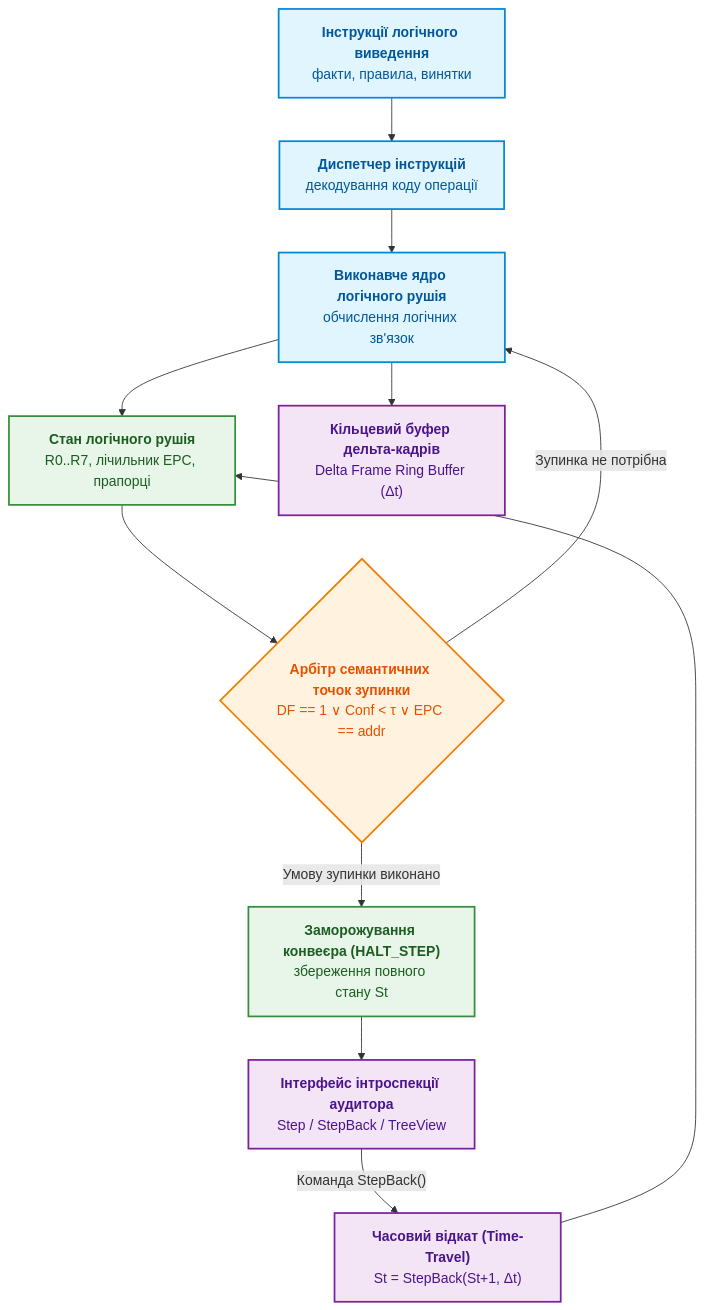
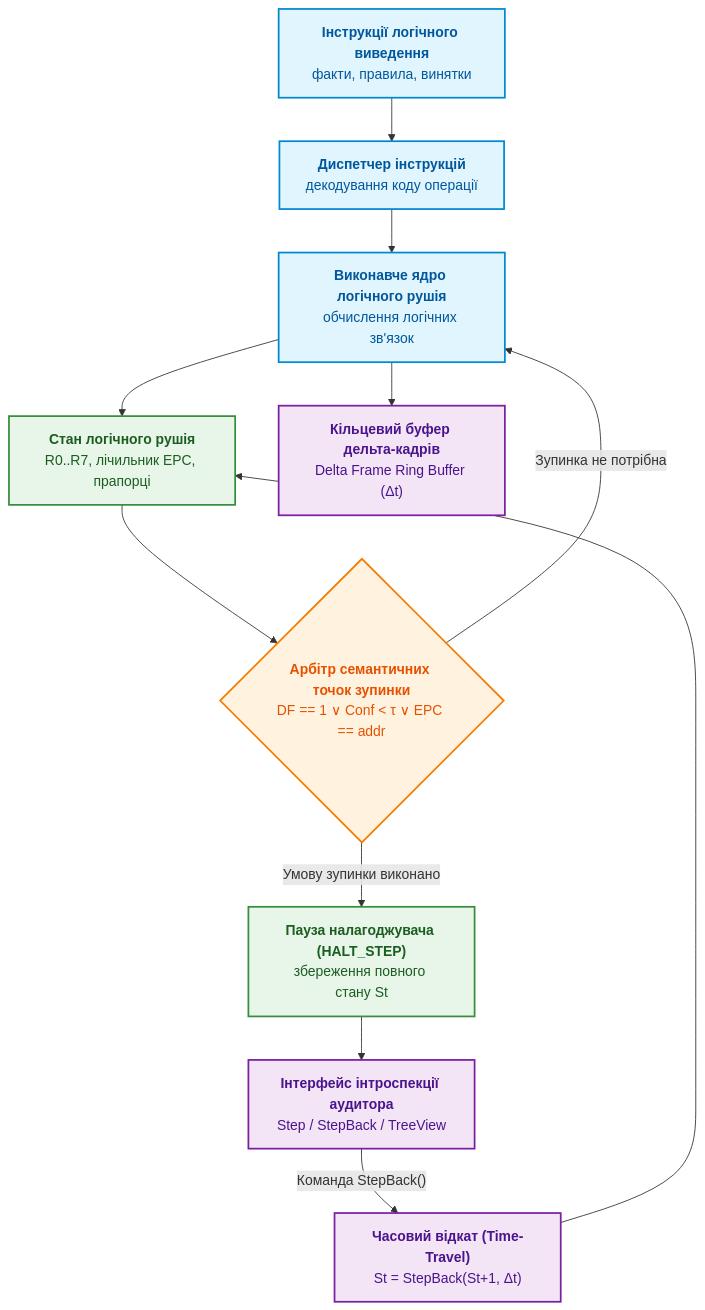
One commit to nick-fedchik/articles changed the fourth of 7 diagrams in ExpertSystem/ch20-explanation-engine.md. Above: the diagram before and after it, drawn with Mermaid. The commit also changed other lines of this file and 7 other files, not shown here.

````diff
--- a/ExpertSystem/ch20-explanation-engine.md
+++ b/ExpertSystem/ch20-explanation-engine.md
@@ -231,29 +259,29 @@
 ```mermaid
 flowchart TD
-    accTitle: Архітектура налагоджувача логічного виведення з часовим відкатом
-    accDescr: Покрокове виконання інструкцій мікрокоду знань із фіксацією дельта-кадрів у кільцевому буфері та миттєвою часовою навігацією.
+  accTitle: Архітектура налагоджувача логічного виведення з часовим відкатом
+  accDescr: Покрокове виконання інструкцій із журналюванням попередніх значень; відкат відновлює стан моделі, а не зовнішні фізичні дії.
 
     Bytecode["<b>Інструкції логічного виведення</b><br/>факти, правила, винятки"] --> Dispatcher["<b>Диспетчер інструкцій</b><br/>декодування коду операції"]
     Dispatcher --> Exec["<b>Виконавче ядро логічного рушія</b><br/>обчислення логічних зв'язок"]
     
     Exec --> RegFile["<b>Стан логічного рушія</b><br/>R0..R7, лічильник EPC, прапорці"]
     Exec --> DeltaLog["<b>Кільцевий буфер дельта-кадрів</b><br/>Delta Frame Ring Buffer (Δt)"]
     
     RegFile --> Arbiter{"<b>Арбітр семантичних точок зупинки</b><br/>DF == 1 ∨ Conf < τ ∨ EPC == addr"}
-    Arbiter -- Умову зупинки виконано --> Freeze["<b>Заморожування конвеєра (HALT_STEP)</b><br/>збереження повного стану St"]
-    Arbiter -- Зупинка не потрібна --> Exec
+    Arbiter -->|"Умову зупинки виконано"| Freeze["<b>Пауза налагоджувача (HALT_STEP)</b><br/>збереження повного стану St"]
+    Arbiter -->|"Зупинка не потрібна"| Exec
     
     Freeze --> CLI["<b>Інтерфейс інтроспекції аудитора</b><br/>Step / StepBack / TreeView"]
     CLI -->|"Команда StepBack()"| Rewind["<b>Часовий відкат (Time-Travel)</b><br/>St = StepBack(St+1, Δt)"]
     Rewind --> RegFile
 
     classDef src fill:#e1f5fe,stroke:#0288d1,stroke-width:2px,color:#01579b;
     classDef check fill:#fff3e0,stroke:#f57c00,stroke-width:2px,color:#e65100;
     classDef ctrl fill:#f3e5f5,stroke:#7b1fa2,stroke-width:2px,color:#4a148c;
     classDef ok fill:#e8f5e9,stroke:#388e3c,stroke-width:2px,color:#1b5e20;
 
     class Bytecode,Dispatcher,Exec src;
     class Arbiter check;
     class DeltaLog,Rewind,CLI ctrl;
     class RegFile,Freeze ok;
 ```
````
